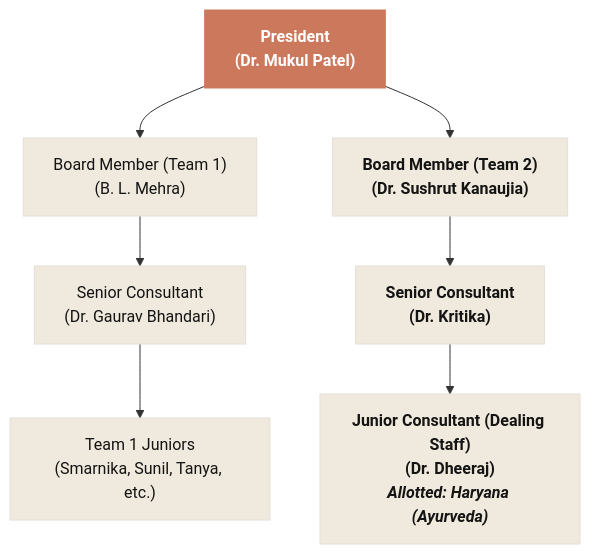
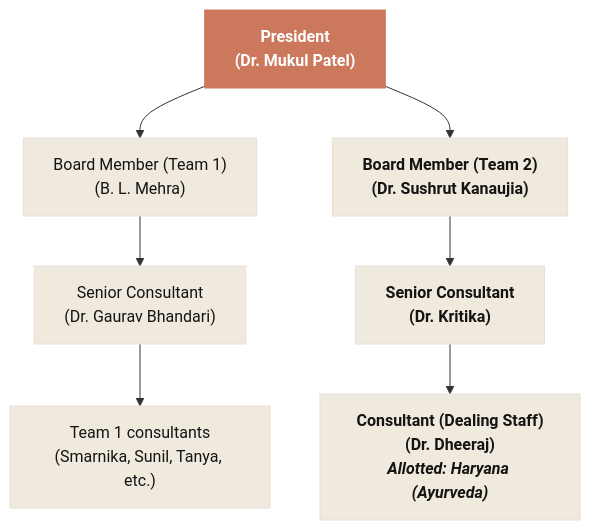
The first of 2 diagrams in NCISM_Assessment_Portal_System_Architecture_Corrected.md (Abhinash04/NCISM), drawn with Mermaid before and after one commit. The commit also changed other lines of this file and 28 other files, not shown here.

Commit message:
[chore]: Junior consultant label changed to consultant

````diff
--- a/NCISM_Assessment_Portal_System_Architecture_Corrected.md
+++ b/NCISM_Assessment_Portal_System_Architecture_Corrected.md
@@ -21,26 +21,26 @@
 ```mermaid
 graph TD
     classDef roles fill:#efe9de,stroke:#e6dfd8,stroke-width:1px,color:#141413;
     classDef apex fill:#cc785c,stroke:#cc785c,stroke-width:1px,color:#ffffff;
 
     President["President<br/>(Dr. Mukul Patel)"]:::apex
     BM2["Board Member (Team 2)<br/>(Dr. Sushrut Kanaujia)"]:::roles
     SC2["Senior Consultant<br/>(Dr. Kritika)"]:::roles
-    JC_Dheeraj["Junior Consultant (Dealing Staff)<br/>(Dr. Dheeraj)<br/><i>Allotted: Haryana (Ayurveda)</i>"]:::roles
+    JC_Dheeraj["Consultant (Dealing Staff)<br/>(Dr. Dheeraj)<br/><i>Allotted: Haryana (Ayurveda)</i>"]:::roles
 
     BM1["Board Member (Team 1)<br/>(B. L. Mehra)"]:::roles
     SC1["Senior Consultant<br/>(Dr. Gaurav Bhandari)"]:::roles
-    JC_Others1["Team 1 Juniors<br/>(Smarnika, Sunil, Tanya, etc.)"]:::roles
+    JC_Others1["Team 1 consultants<br/>(Smarnika, Sunil, Tanya, etc.)"]:::roles
 
     President --> BM1
     President --> BM2
     BM1 --> SC1
     BM2 --> SC2
     SC1 --> JC_Others1
     SC2 --> JC_Dheeraj
 
     style President font-weight:bold;
     style BM2 font-weight:bold;
     style SC2 font-weight:bold;
     style JC_Dheeraj font-weight:bold;
 ```
````
